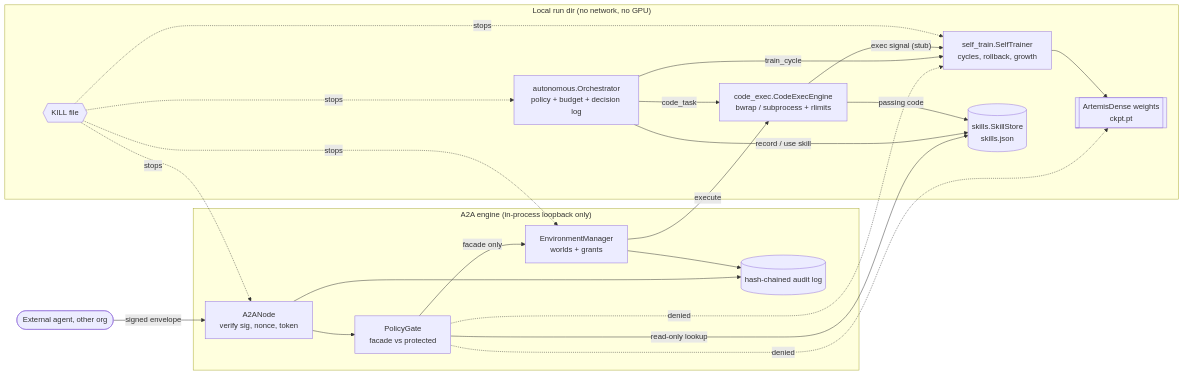
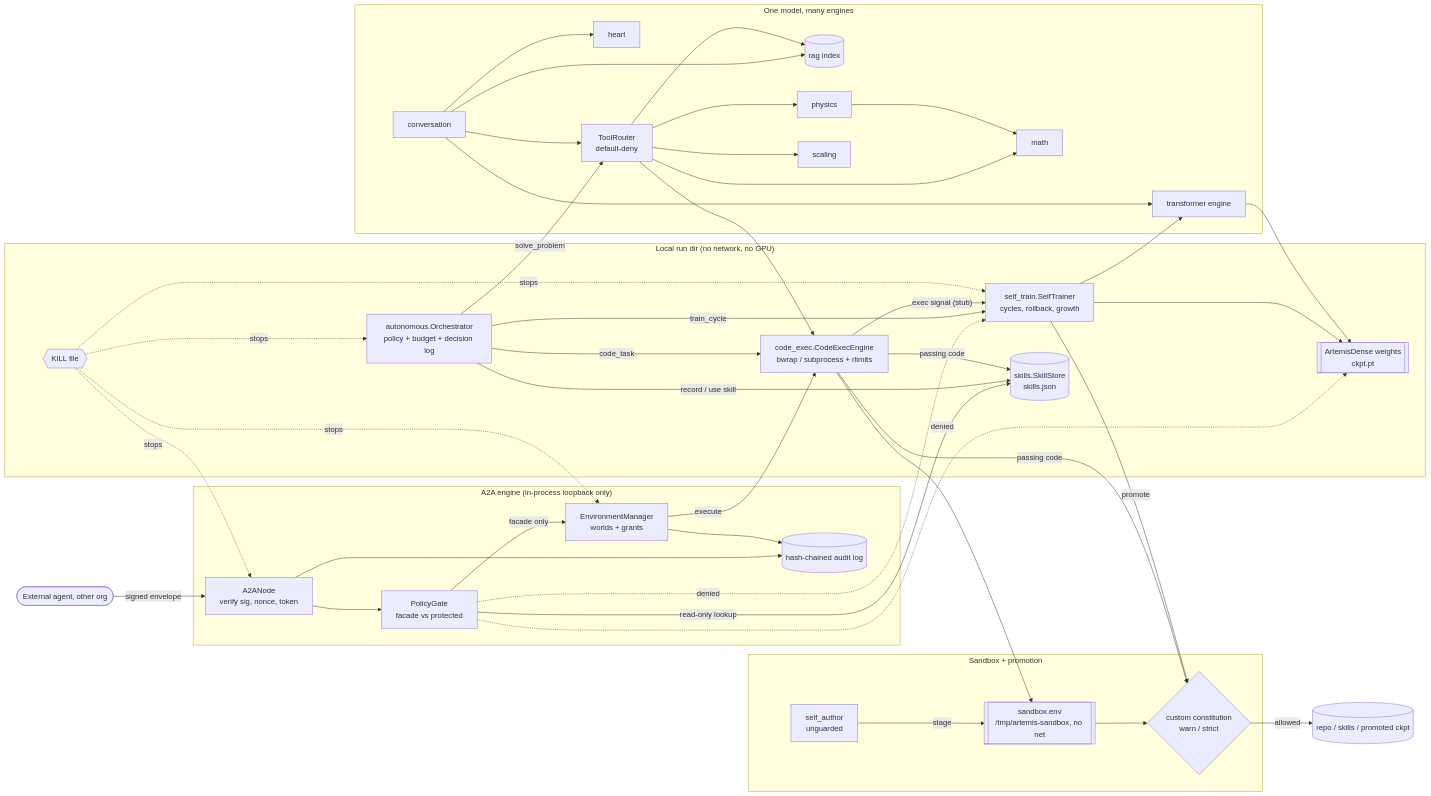
One commit to Cutline-Studio/artemis-567885 changed the diagram in artemis_dense/README.md. Above: the diagram before and after it, drawn with Mermaid. The commit also changed other lines of this file and 73 other files, not shown here.

Commit message:
artemis_dense: conversation engine + REPL, transformer/math/physics/heart/rag/scaling engines, sandbox.env loader wired into code_exec/self_author/self_train/watch, constitutional promotion gate, docs + registry + everything.md, problem sets, conversation SFT data; tests

````diff
--- a/artemis_dense/README.md
+++ b/artemis_dense/README.md
@@ -35,32 +44,61 @@
 ```mermaid
 flowchart LR
   subgraph Local["Local run dir (no network, no GPU)"]
     O[autonomous.Orchestrator<br/>policy + budget + decision log]
     T[self_train.SelfTrainer<br/>cycles, rollback, growth]
     S[(skills.SkillStore<br/>skills.json)]
     C[code_exec.CodeExecEngine<br/>bwrap / subprocess + rlimits]
     M[[ArtemisDense weights<br/>ckpt.pt]]
     K{{KILL file}}
   end
   subgraph Edge["A2A engine (in-process loopback only)"]
     N[A2ANode<br/>verify sig, nonce, token]
     P[PolicyGate<br/>facade vs protected]
     E[EnvironmentManager<br/>worlds + grants]
     A[(hash-chained audit log)]
   end
   X([External agent, other org]) -- signed envelope --> N
   N --> P
   P -- facade only --> E
   P -. denied .-> T
   P -. denied .-> M
   P -- read-only lookup --> S
   E -- execute --> C
   O -- train_cycle --> T --> M
   O -- record / use skill --> S
   O -- code_task --> C
   C -- passing code --> S
   C -- exec signal (stub) --> T
   N --> A
   E --> A
   K -. stops .-> O & T & N & E
+  subgraph Brain["One model, many engines"]
+    TX[transformer engine]
+    CV[conversation]
+    R[(rag index)]
+    H[heart]
+    MA[math]
+    PH[physics]
+    SC[scaling]
+    TR[ToolRouter<br/>default-deny]
+  end
+  subgraph Gate["Sandbox + promotion"]
+    SB[[sandbox.env<br/>/tmp/artemis-sandbox, no net]]
+    CA{custom constitution<br/>warn / strict}
+    SA[self_author<br/>unguarded]
+  end
+  TX --> M
+  T --> TX
+  CV --> TX
+  CV --> R
+  CV --> H
+  CV --> TR
+  TR --> MA & PH & R & C & SC
+  PH --> MA
+  O -- solve_problem --> TR
+  C --> SB
+  SA -- stage --> SB --> CA
+  CA -- allowed --> REPO[(repo / skills / promoted ckpt)]
+  C -- passing code --> CA
+  T -- promote --> CA
 ```
````
